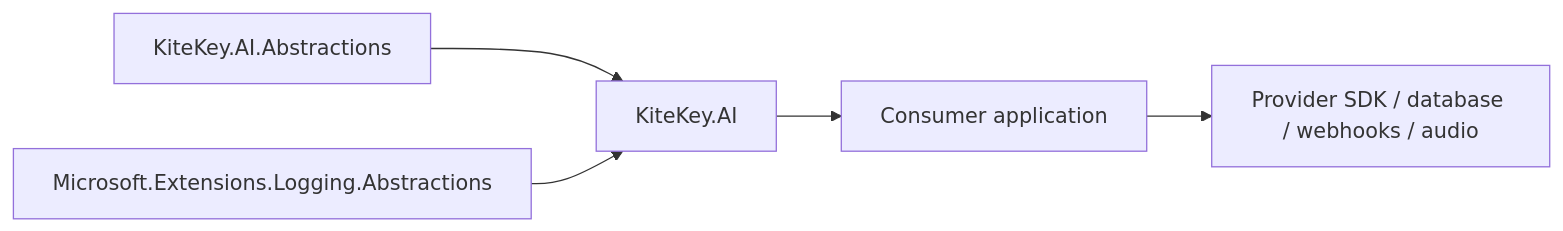
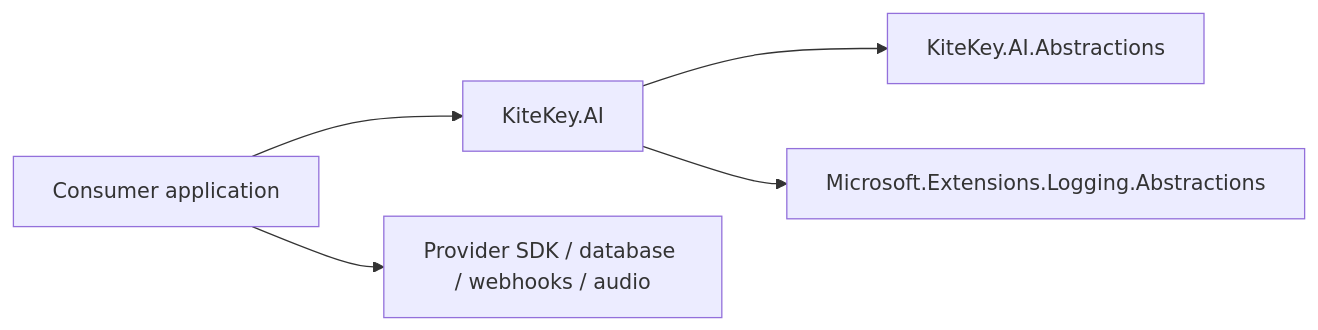
Before and after one commit to Kite-Key/ai: the third of 3 diagrams in docs/architecture.md, drawn with Mermaid. The commit also changed other lines of this file and 5 other files, not shown here.

````diff
--- a/docs/architecture.md
+++ b/docs/architecture.md
@@ -35,7 +37,7 @@
 ```mermaid
 flowchart LR
-    A["KiteKey.AI.Abstractions"] --> B["KiteKey.AI"]
-    L["Microsoft.Extensions.Logging.Abstractions"] --> B
-    B --> C["Consumer application"]
+    C["Consumer application"] --> B["KiteKey.AI"]
+    B --> A["KiteKey.AI.Abstractions"]
+    B --> L["Microsoft.Extensions.Logging.Abstractions"]
     C --> D["Provider SDK / database / webhooks / audio"]
 ```
````
